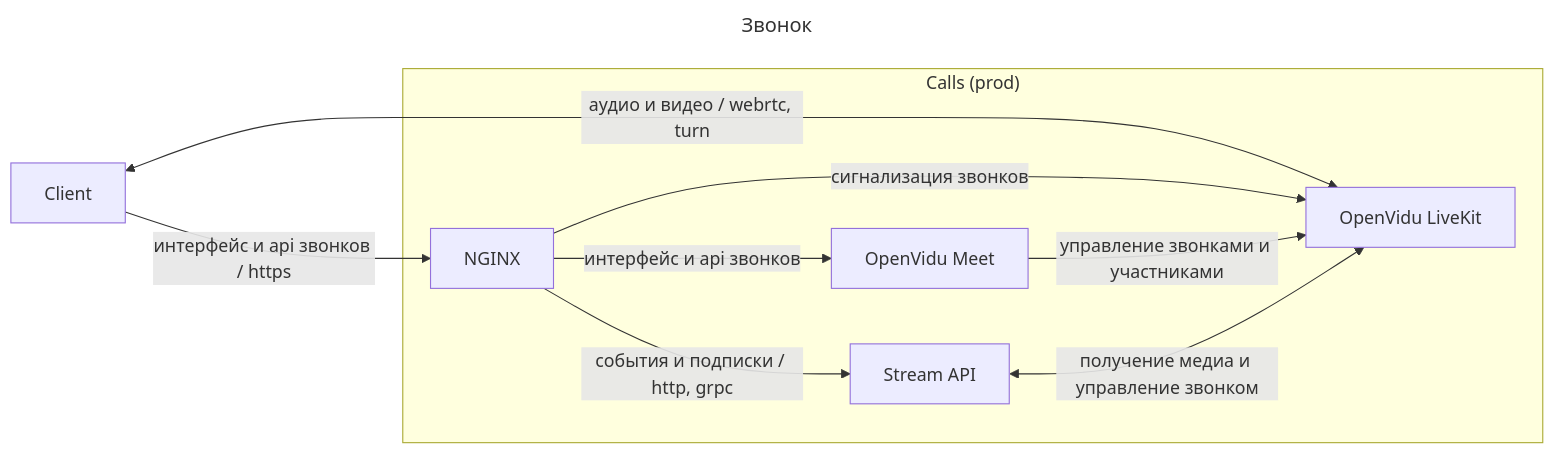
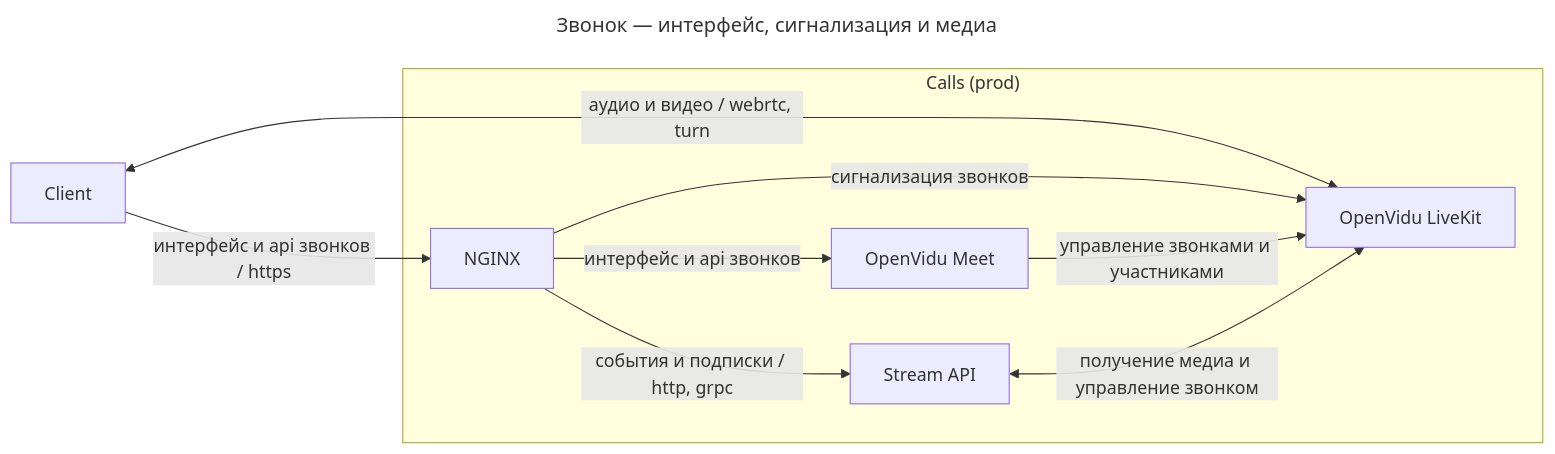
One commit to dwspurpleteam/deployer changed the first of 5 diagrams in README.md. Above: the diagram before and after it, drawn with Mermaid. The commit also changed other lines of this file, not shown here.

Commit message:
Clarify architecture diagram titles

````diff
--- a/README.md
+++ b/README.md
@@ -12,15 +12,15 @@
 ```mermaid
 ---
-title: Звонок
+title: Звонок — интерфейс, сигнализация и медиа
 ---
 flowchart LR
   browser[Client] -->|интерфейс и api звонков / https| proxy
   browser <-->|аудио и видео / webrtc, turn| openvidu
   subgraph calls_prod["Calls (prod)"]
     proxy[NGINX] -->|интерфейс и api звонков| meet[OpenVidu Meet]
     proxy -->|сигнализация звонков| openvidu[OpenVidu LiveKit]
     proxy -->|события и подписки / http, grpc| streamapi[Stream API]
     meet -->|управление звонками и участниками| openvidu
     streamapi <-->|получение медиа и управление звонком| openvidu
   end
 ```
````
